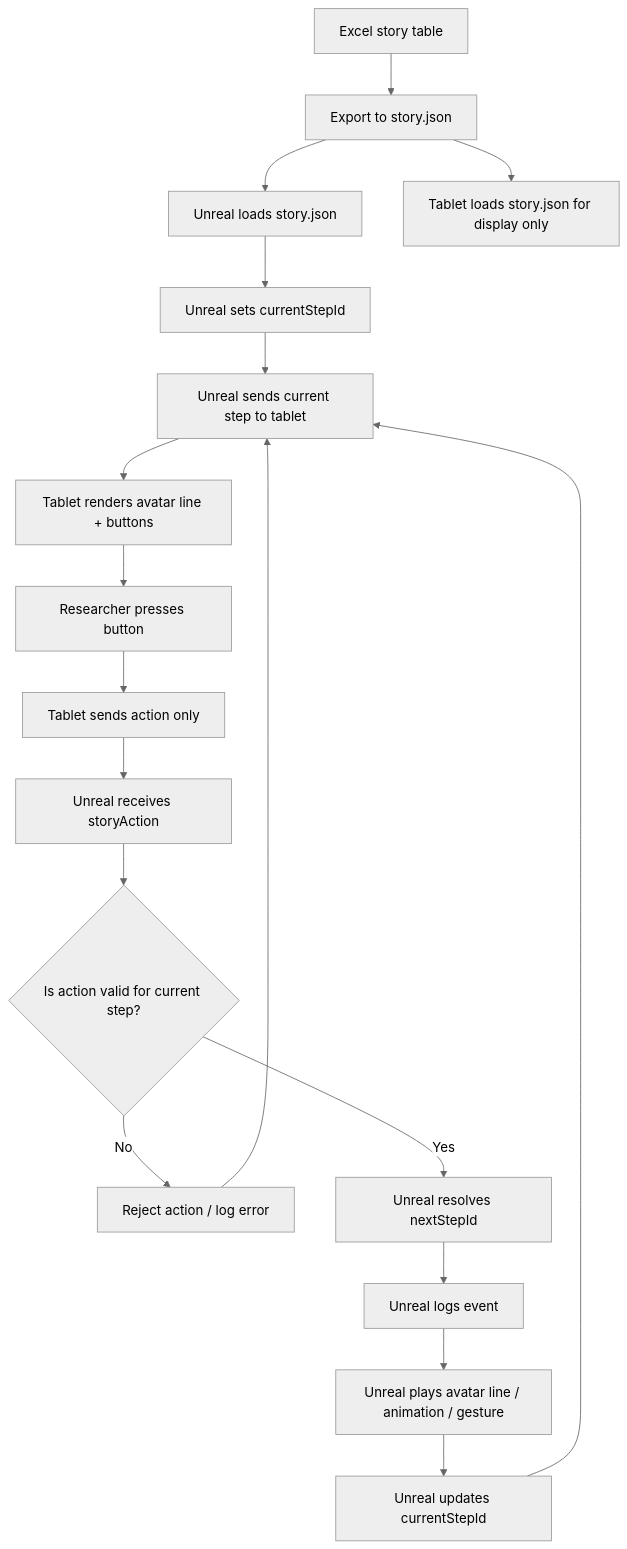
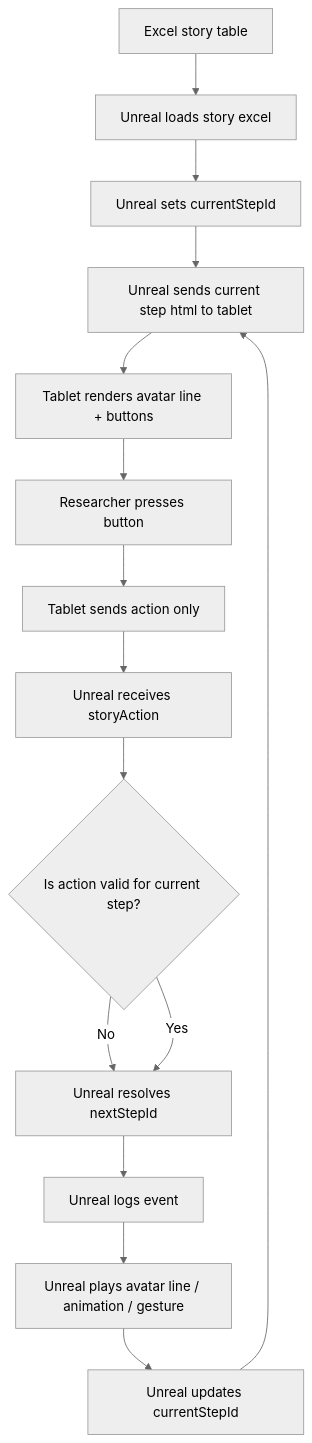
The diagram in ToDo/JamesDev.md (J-Andersen-UvA/ToucanVault), drawn with Mermaid (neutral theme) before and after one commit.

Commit message:
vault backup: 2026-06-08 13:02:23

````diff
--- a/ToDo/JamesDev.md
+++ b/ToDo/JamesDev.md
@@ -15,26 +15,24 @@
 ```mermaid
 flowchart TD
-    A[Excel story table] --> B[Export to story.json]
-    B --> C[Unreal loads story.json]
-    B --> D[Tablet loads story.json for display only]
+    A[Excel story table]
+    A --> C[Unreal loads story excel]
 
     C --> E[Unreal sets currentStepId]
-    E --> F[Unreal sends current step to tablet]
+    E --> F[Unreal sends current step html to tablet]
 
     F --> G[Tablet renders avatar line + buttons]
     G --> H[Researcher presses button]
 
     H --> I[Tablet sends action only]
     I --> J[Unreal receives storyAction]
 
     J --> K{Is action valid for current step?}
 
-    K -- No --> L[Reject action / log error]
-    L --> F
+    K -- No --> M[Reject action]
 
     K -- Yes --> M[Unreal resolves nextStepId]
     M --> N[Unreal logs event]
     N --> O[Unreal plays avatar line / animation / gesture]
     O --> P[Unreal updates currentStepId]
     P --> F
 ```
````
